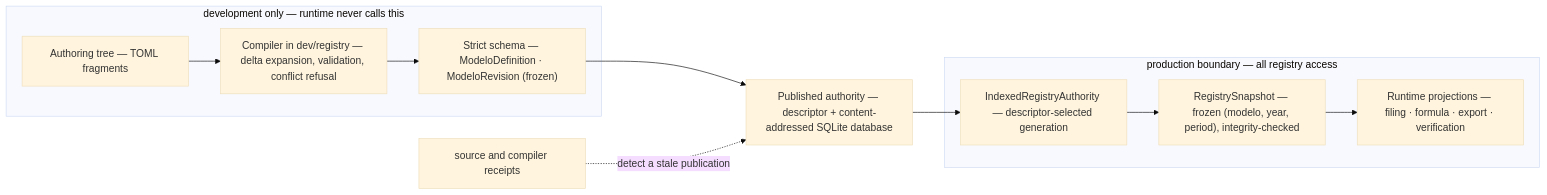
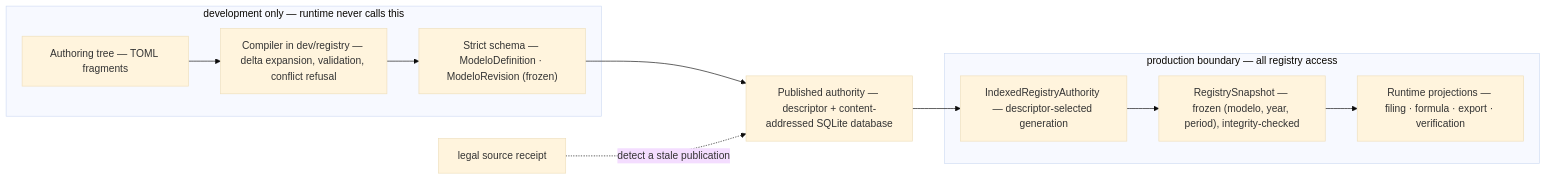
One commit to nevenincs/cadrumo changed the second of 5 diagrams in docs/architecture/index.md. Above: the diagram before and after it, drawn with Mermaid (base theme). The commit also changed other lines of this file and 11 other files, not shown here.

````diff
--- a/docs/architecture/index.md
+++ b/docs/architecture/index.md
@@ -135,14 +135,14 @@
 ```mermaid
 flowchart LR
     subgraph impl["development only — runtime never calls this"]
         A["Authoring tree — TOML fragments"] --> B["Compiler in dev/registry — delta expansion, validation, conflict refusal"] --> C["Strict schema — ModeloDefinition · ModeloRevision (frozen)"]
     end
     P["Published authority — descriptor + content-addressed SQLite database"]
     subgraph prod["production boundary — all registry access"]
         D["IndexedRegistryAuthority — descriptor-selected generation"] --> E["RegistrySnapshot — frozen (modelo, year, period), integrity-checked"] --> F["Runtime projections — filing · formula · export · verification"]
     end
     C --> P
     P --> D
-    RC["source and compiler receipts"]
+    RC["legal source receipt"]
     RC -.->|"detect a stale publication"| P
 ```
````
